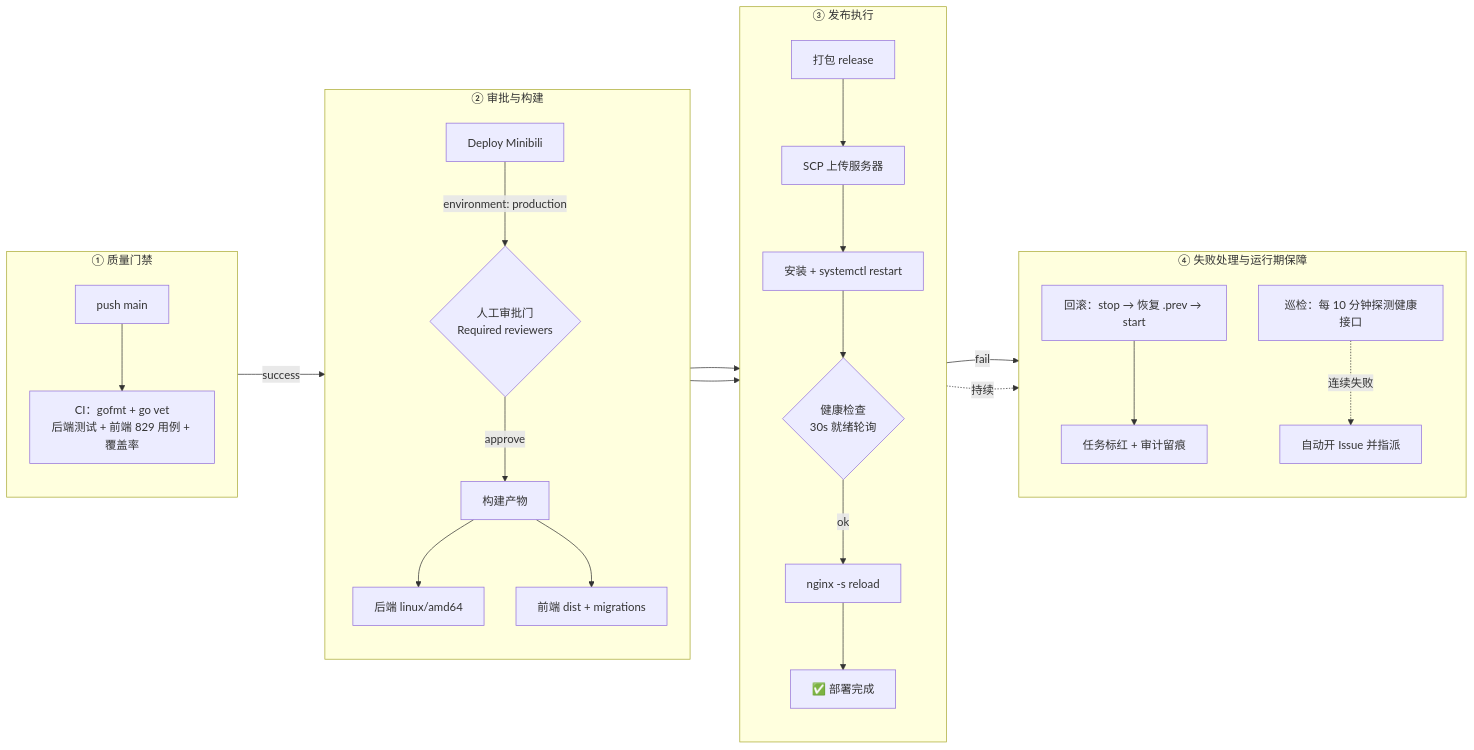
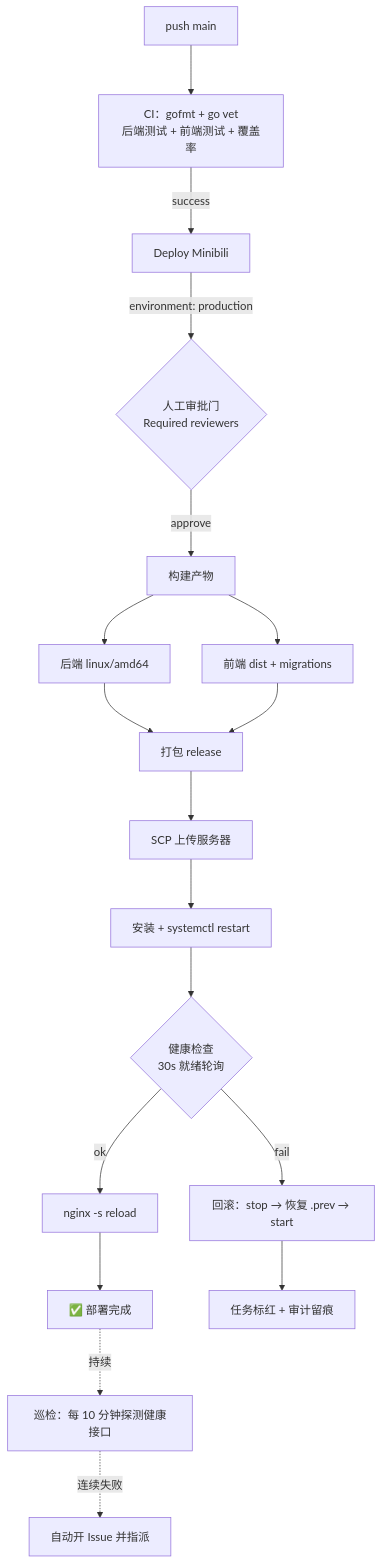
Before and after one commit to earthcake2233/cakecake: the diagram in docs/DEPLOYMENT-PIPELINE.md, drawn with Mermaid. The commit also changed other lines of this file and 5 other files, not shown here.

First line of the commit message:
docs: stop hardcoding test statistics (R-DOC-19); fix diagram wording

````diff
--- a/docs/DEPLOYMENT-PIPELINE.md
+++ b/docs/DEPLOYMENT-PIPELINE.md
@@ -11,31 +11,21 @@
 ```mermaid
 %%{init: {"flowchart": {"nodeSpacing": 45, "rankSpacing": 70}}}%%
-flowchart LR
-    subgraph S1["① 质量门禁"]
-        direction TB
-        Push["push main"] --> CI["CI：gofmt + go vet<br/>后端测试 + 前端 829 用例 + 覆盖率"]
-    end
-    subgraph S2["② 审批与构建"]
-        direction TB
-        CI -- "success" --> Deploy["Deploy Minibili"]
-        Deploy -->|"environment: production"| Approve{"人工审批门<br/>Required reviewers"}
-        Approve -- "approve" --> Build["构建产物"]
-        Build --> BE["后端 linux/amd64"]
-        Build --> FE["前端 dist + migrations"]
-    end
-    subgraph S3["③ 发布执行"]
-        direction TB
-        BE & FE --> Pack["打包 release"]
-        Pack --> Upload["SCP 上传服务器"]
-        Upload --> Install["安装 + systemctl restart"]
-        Install --> Health{"健康检查<br/>30s 就绪轮询"}
-        Health -- "ok" --> Reload["nginx -s reload"] --> Done["✅ 部署完成"]
-    end
-    subgraph S4["④ 失败处理与运行期保障"]
-        direction TB
-        Health -- "fail" --> Rollback["回滚：stop → 恢复 .prev → start"]
-        Rollback --> Alert["任务标红 + 审计留痕"]
-        Monitor["巡检：每 10 分钟探测健康接口"] -.->|"连续失败"| Issue["自动开 Issue 并指派"]
-    end
-    Done -. "持续" .-> Monitor
+flowchart TB
+    Push["push main"] --> CI["CI：gofmt + go vet<br/>后端测试 + 前端测试 + 覆盖率"]
+    CI -- "success" --> Deploy["Deploy Minibili"]
+    Deploy -->|"environment: production"| Approve{"人工审批门<br/>Required reviewers"}
+    Approve -- "approve" --> Build["构建产物"]
+    Build --> BE["后端 linux/amd64"]
+    Build --> FE["前端 dist + migrations"]
+    BE & FE --> Pack["打包 release"]
+    Pack --> Upload["SCP 上传服务器"]
+    Upload --> Install["安装 + systemctl restart"]
+    Install --> Health{"健康检查<br/>30s 就绪轮询"}
+    Health -- "ok" --> Reload["nginx -s reload"]
+    Reload --> Done["✅ 部署完成"]
+    Health -- "fail" --> Rollback["回滚：stop → 恢复 .prev → start"]
+    Rollback --> Alert["任务标红 + 审计留痕"]
+    Monitor["巡检：每 10 分钟探测健康接口"]
+    Monitor -.->|"连续失败"| Issue["自动开 Issue 并指派"]
+    Done -.->|"持续"| Monitor
 ```
````
